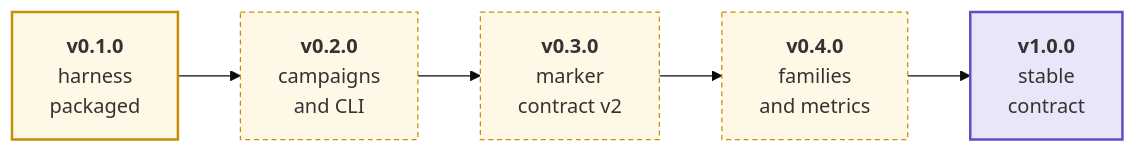
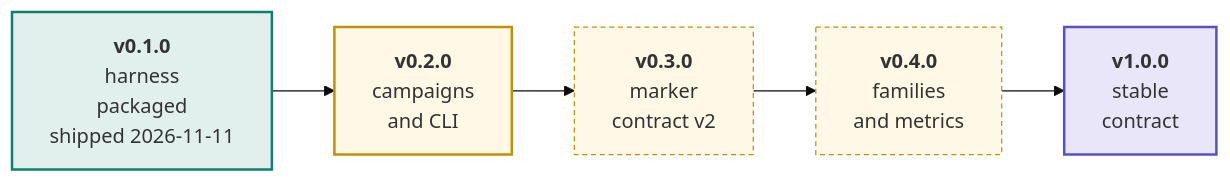
One commit to swarm-routing/ns3-tools changed the first of 2 diagrams in docs/roadmap.md. Above: the diagram before and after it, drawn with Mermaid (base theme). The commit also changed other lines of this file, not shown here.

First line of the commit message:
docs(roadmap): v0.1.0 shipped

````diff
--- a/docs/roadmap.md
+++ b/docs/roadmap.md
@@ -31,16 +31,16 @@
 ```mermaid
 flowchart LR
-    V01["<b>v0.1.0</b><br/>harness<br/>packaged"]
+    V01["<b>v0.1.0</b><br/>harness<br/>packaged<br/>shipped 2026-11-11"]
     V02["<b>v0.2.0</b><br/>campaigns<br/>and CLI"]
     V03["<b>v0.3.0</b><br/>marker<br/>contract v2"]
     V04["<b>v0.4.0</b><br/>families<br/>and metrics"]
     V10["<b>v1.0.0</b><br/>stable<br/>contract"]
 
     V01 --> V02 --> V03 --> V04 --> V10
 
-    style V01 fill:#fff8e6,stroke:#c48f00,stroke-width:2px
-    style V02 fill:#fff8e6,stroke:#c48f00,stroke-dasharray:4 3
+    style V01 fill:#e2f0ed,stroke:#0f7f70,stroke-width:2px
+    style V02 fill:#fff8e6,stroke:#c48f00,stroke-width:2px
     style V03 fill:#fff8e6,stroke:#c48f00,stroke-dasharray:4 3
     style V04 fill:#fff8e6,stroke:#c48f00,stroke-dasharray:4 3
     style V10 fill:#e8e6f8,stroke:#5b4fc4,stroke-width:2px
 ```
````
